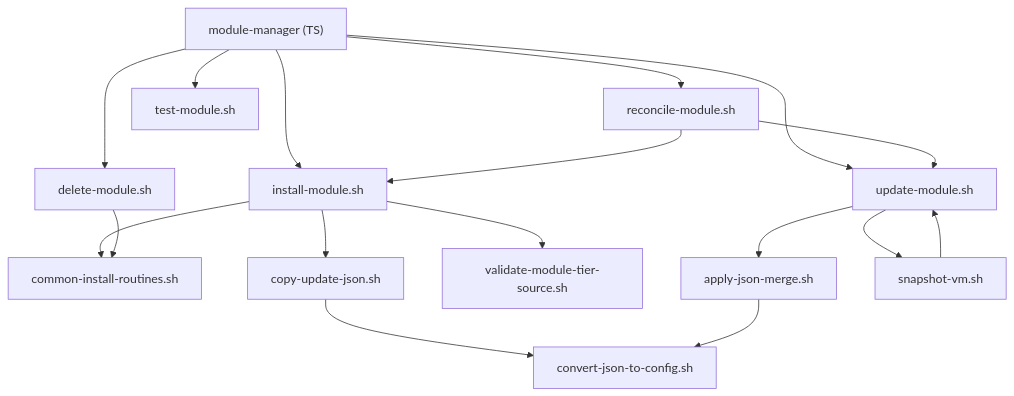
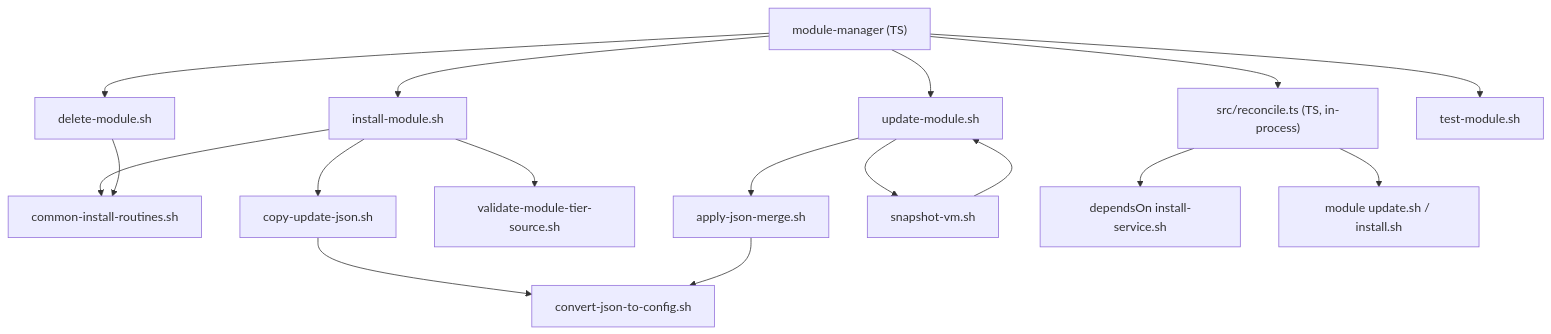
Before and after one commit to TAPPaaS/TAPPaaS: the second of 6 diagrams in src/foundation/DEPENDENCIES.md, drawn with Mermaid. The commit also changed other lines of this file and 10 other files, not shown here.

Commit message:
docs(managers): drop references to retired reconcile-module/inspect-vm/inspect-cluster scripts. Closes #432

````diff
--- a/src/foundation/DEPENDENCIES.md
+++ b/src/foundation/DEPENDENCIES.md
@@ -236,19 +238,19 @@
 ```mermaid
 graph TD
     MM["module-manager (TS)"] --> IM["install-module.sh"]
     MM --> UM["update-module.sh"]
     MM --> DM["delete-module.sh"]
-    MM --> RM["reconcile-module.sh"]
+    MM --> RT["src/reconcile.ts (TS, in-process)"]
     MM --> TM["test-module.sh"]
     IM --> CIR["common-install-routines.sh"]
     IM --> CUJ["copy-update-json.sh"]
     IM --> VMT["validate-module-tier-source.sh"]
     CUJ --> CJC["convert-json-to-config.sh"]
     UM --> AJM["apply-json-merge.sh"]
     UM --> SV["snapshot-vm.sh"]
     AJM --> CJC
     SV --> UM
-    RM --> IM
-    RM --> UM
+    RT --> ISS["dependsOn install-service.sh"]
+    RT --> MUS["module update.sh / install.sh"]
     DM --> CIR
 ```
````
